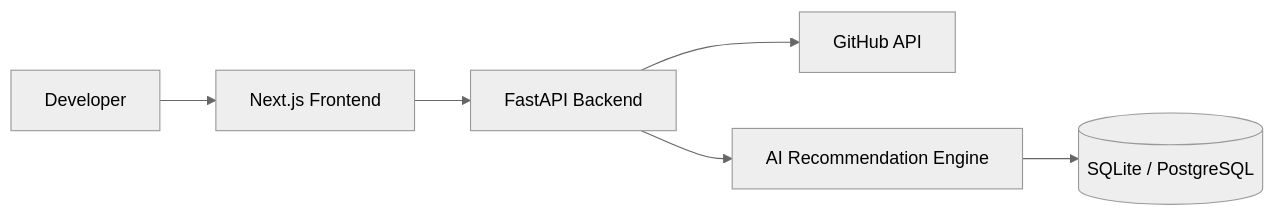
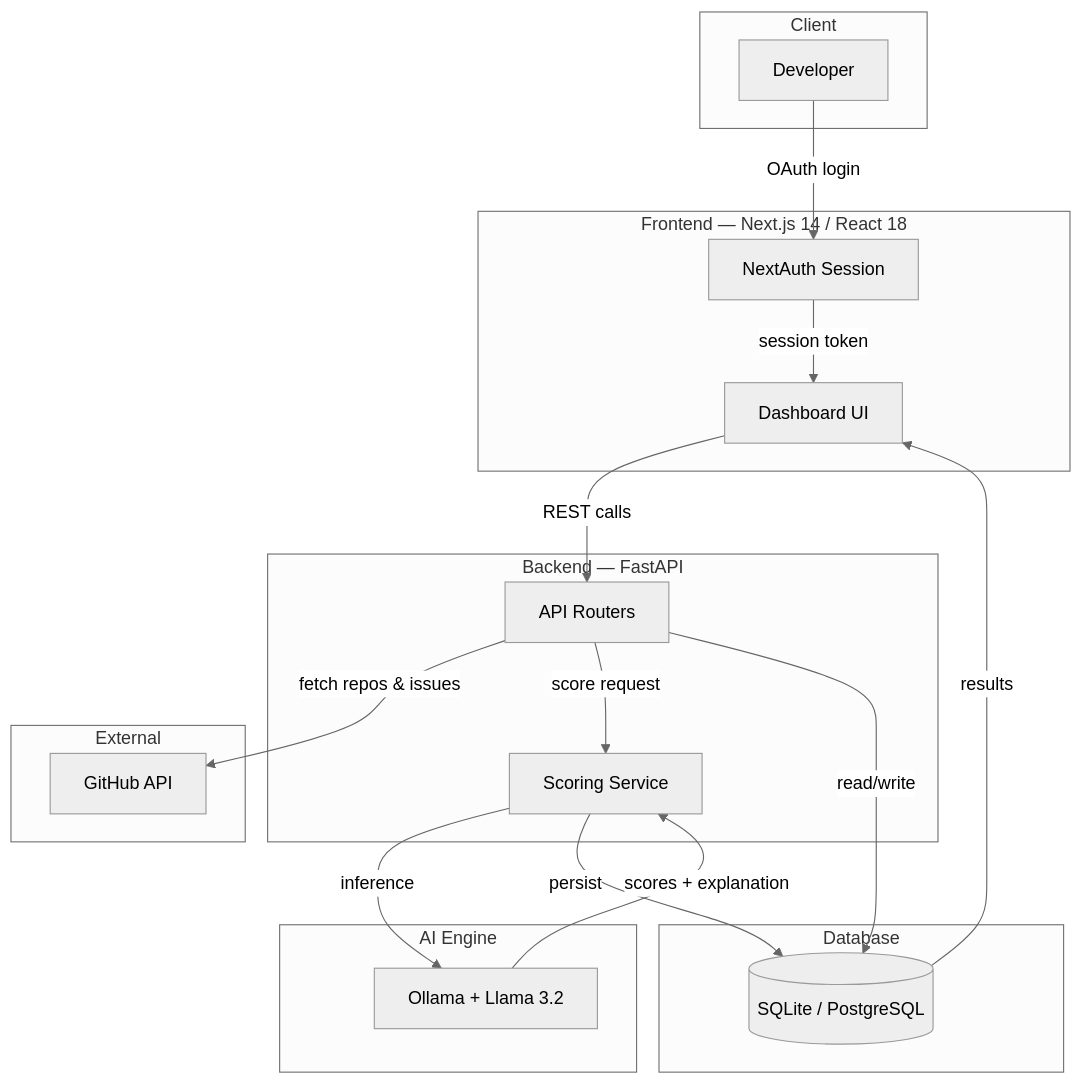
Before and after one commit to BistaDinesh03/mergemind: the diagram in README.md, drawn with Mermaid (neutral theme). The commit also changed other lines of this file, not shown here.

````diff
--- a/README.md
+++ b/README.md
@@ -136,25 +67,39 @@
 ```mermaid
-flowchart LR
+flowchart TB
+    subgraph Client
+        A[Developer]
+    end
 
-A[Developer]
+    subgraph Frontend["Frontend — Next.js 14 / React 18"]
+        B[Dashboard UI]
+        AUTH[NextAuth Session]
+    end
 
-B[Next.js Frontend]
+    subgraph Backend["Backend — FastAPI"]
+        C[API Routers]
+        S[Scoring Service]
+    end
 
-C[FastAPI Backend]
+    subgraph External
+        D[GitHub API]
+    end
 
-D[GitHub API]
+    subgraph AIEngine["AI Engine"]
+        E[Ollama + Llama 3.2]
+    end
 
-E[AI Recommendation Engine]
+    subgraph Data["Database"]
+        F[(SQLite / PostgreSQL)]
+    end
 
-F[(SQLite / PostgreSQL)]
-
-A --> B
-
-B --> C
-
-C --> D
-
-C --> E
-
-E --> F
+    A -->|OAuth login| AUTH
+    AUTH -->|session token| B
+    B -->|REST calls| C
+    C -->|fetch repos & issues| D
+    C -->|score request| S
+    S -->|inference| E
+    E -->|scores + explanation| S
+    S -->|persist| F
+    C -->|read/write| F
+    F -->|results| B
 ```
````
